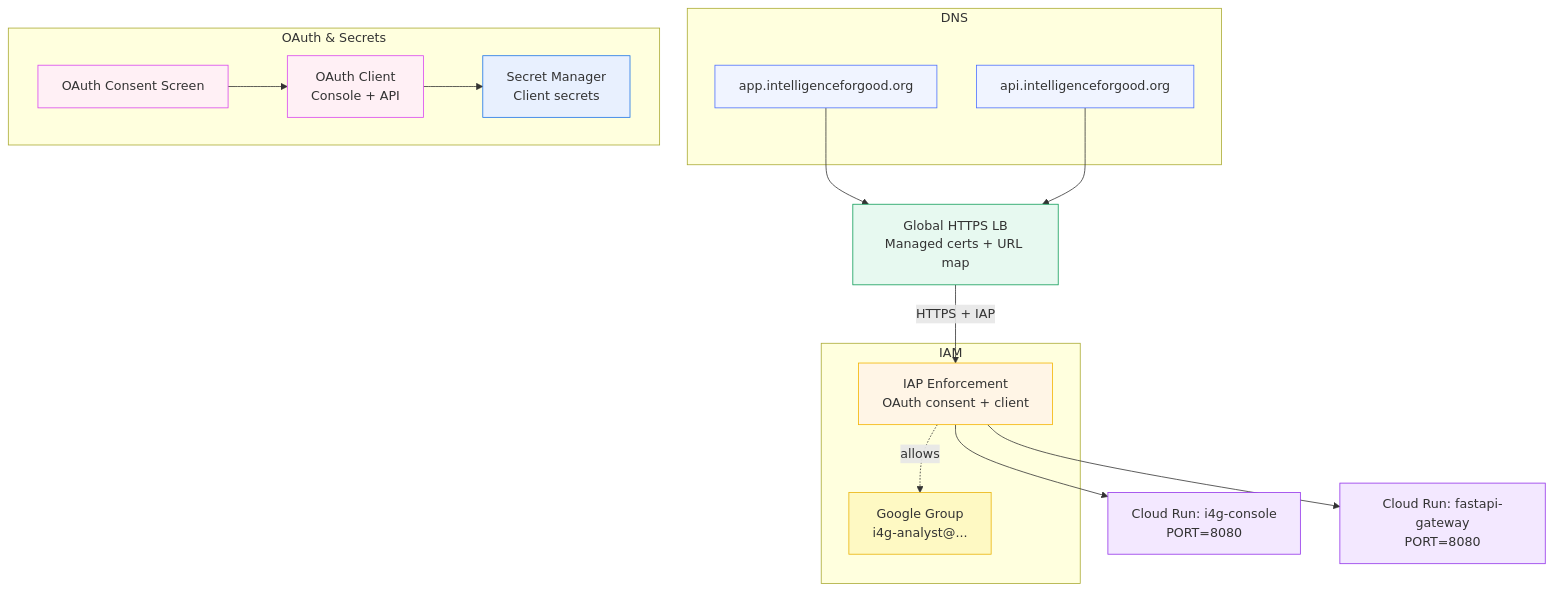
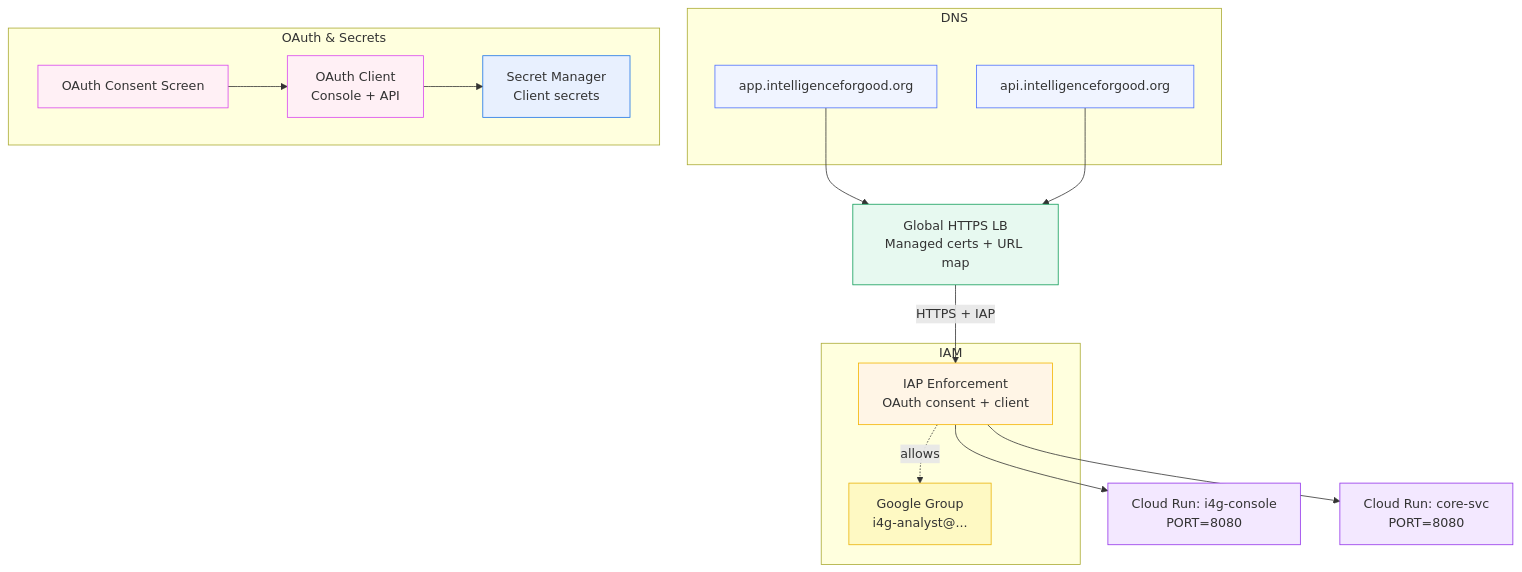
The diagram in docs/iap_manual.md (intelligenceforgood/infra), drawn with Mermaid before and after one commit. The commit also changed other lines of this file and 23 other files, not shown here.

````diff
--- a/docs/iap_manual.md
+++ b/docs/iap_manual.md
@@ -7,35 +7,35 @@
 ```mermaid
 flowchart TD
     subgraph DNS
         A[app.intelligenceforgood.org]:::dns
         B[api.intelligenceforgood.org]:::dns
     end
 
     A --> LB[Global HTTPS LB<br/>Managed certs + URL map]:::lb
     B --> LB
 
     LB -->|HTTPS + IAP| IAP[IAP Enforcement<br/>OAuth consent + client]:::iap
 
     subgraph OAuth & Secrets
         OCS[OAuth Consent Screen]:::config
         OCI[OAuth Client<br/>Console + API]:::config
         SM[Secret Manager<br/>Client secrets]:::secret
         OCS --> OCI --> SM
     end
 
     IAP --> CON[Cloud Run: i4g-console<br/>PORT=8080]:::run
-    IAP --> API[Cloud Run: fastapi-gateway<br/>PORT=8080]:::run
+    IAP --> API[Cloud Run: core-svc<br/>PORT=8080]:::run
 
     subgraph IAM
         G[Google Group<br/>i4g-analyst@...]:::iam
         IAP -. allows .-> G
     end
 
     classDef dns fill:#f0f4ff,stroke:#4c6fff,stroke-width:1;
     classDef lb fill:#e7f9f0,stroke:#0f9d58,stroke-width:1;
     classDef iap fill:#fff5e6,stroke:#f4b400,stroke-width:1;
     classDef run fill:#f3e8ff,stroke:#9333ea,stroke-width:1;
     classDef secret fill:#e8f0fe,stroke:#1a73e8,stroke-width:1;
     classDef config fill:#fff0f5,stroke:#d946ef,stroke-width:1;
     classDef iam fill:#fef9c3,stroke:#eab308,stroke-width:1;
 ```
````
